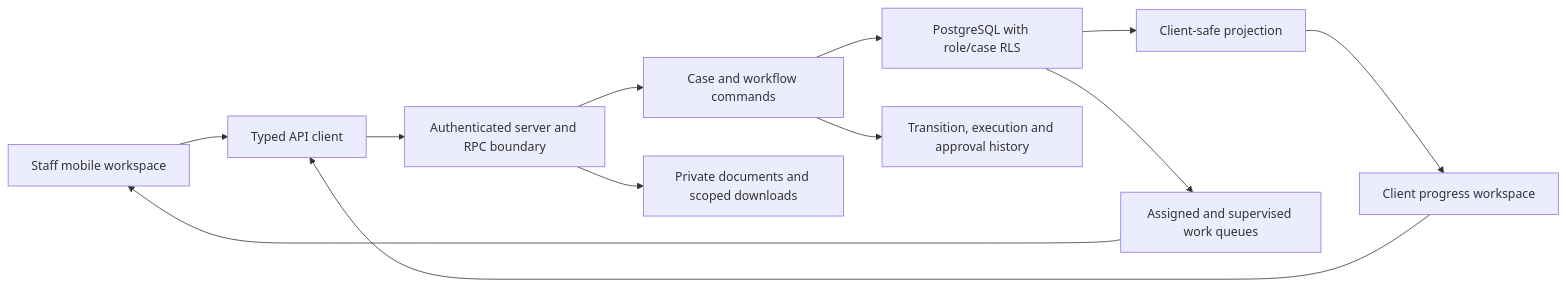
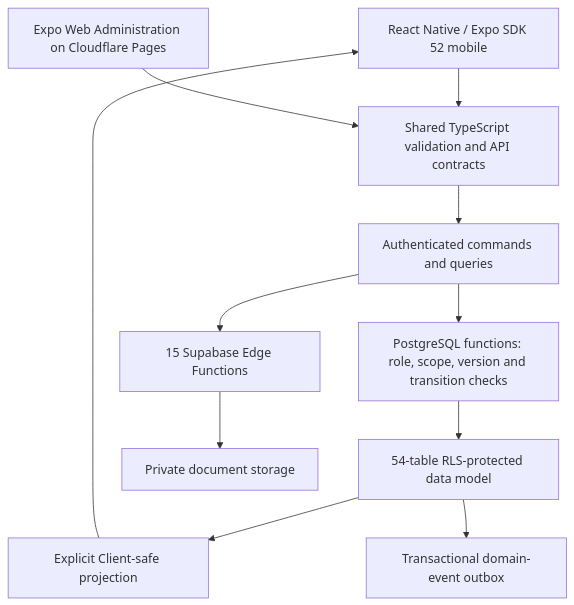
Before and after one commit to waelabokalam/production-systems-architecture: the first of 5 diagrams in case-studies/atg.md, drawn with Mermaid. The commit also changed other lines of this file and 3 other files, not shown here.

Commit message:
Expand ATG six-role architecture, snapshots and backend acceptance evidence

````diff
--- a/case-studies/atg.md
+++ b/case-studies/atg.md
@@ -15,14 +22,13 @@
 ```mermaid
-flowchart LR
-    STAFF["Staff mobile workspace"] --> SDK["Typed API client"]
-    CLIENT["Client progress workspace"] --> SDK
-    SDK --> AUTH["Authenticated server and RPC boundary"]
-    AUTH --> WF["Case and workflow commands"]
-    WF --> DB["PostgreSQL with role/case RLS"]
-    WF --> AUDIT["Transition, execution and approval history"]
-    AUTH --> FILES["Private documents and scoped downloads"]
-    DB --> SAFE["Client-safe projection"]
-    SAFE --> CLIENT
-    DB --> QUEUES["Assigned and supervised work queues"]
-    QUEUES --> STAFF
+flowchart TB
+    MOBILE["React Native / Expo SDK 52 mobile"] --> CONTRACTS["Shared TypeScript validation and API contracts"]
+    WEB["Expo Web Administration on Cloudflare Pages"] --> CONTRACTS
+    CONTRACTS --> AUTH["Authenticated commands and queries"]
+    AUTH --> RPC["PostgreSQL functions: role, scope, version and transition checks"]
+    RPC --> DB["54-table RLS-protected data model"]
+    AUTH --> EDGE["15 Supabase Edge Functions"]
+    EDGE --> VAULT["Private document storage"]
+    DB --> PROJECTION["Explicit Client-safe projection"]
+    PROJECTION --> MOBILE
+    DB --> OUTBOX["Transactional domain-event outbox"]
 ```
````
